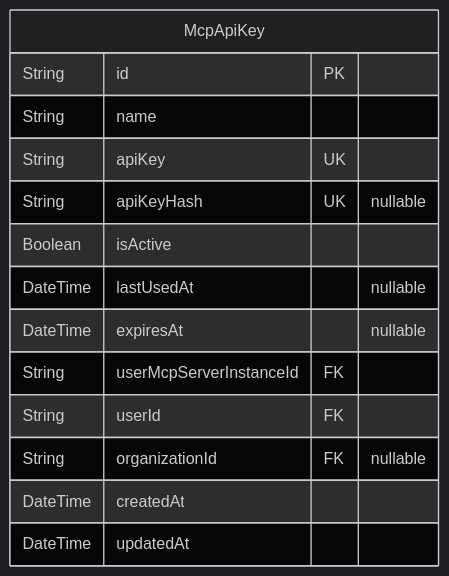
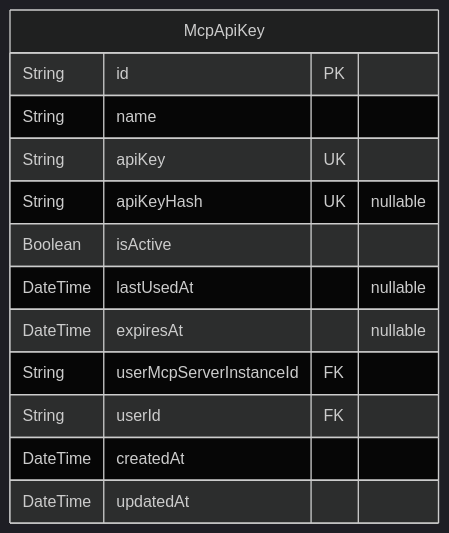
One commit to rayven122/tumiki changed the first of 7 diagrams in packages/db/prisma/README.md. Above: the diagram before and after it, drawn with Mermaid (dark theme). The commit also changed other lines of this file and 4 other files, not shown here.

````diff
--- a/packages/db/prisma/README.md
+++ b/packages/db/prisma/README.md
@@ -15,17 +15,16 @@
 ```mermaid
 erDiagram
 "McpApiKey" {
   String id PK
   String name
   String apiKey UK
   String apiKeyHash UK "nullable"
   Boolean isActive
   DateTime lastUsedAt "nullable"
   DateTime expiresAt "nullable"
   String userMcpServerInstanceId FK
   String userId FK
-  String organizationId FK "nullable"
   DateTime createdAt
   DateTime updatedAt
 }
 ```
````
